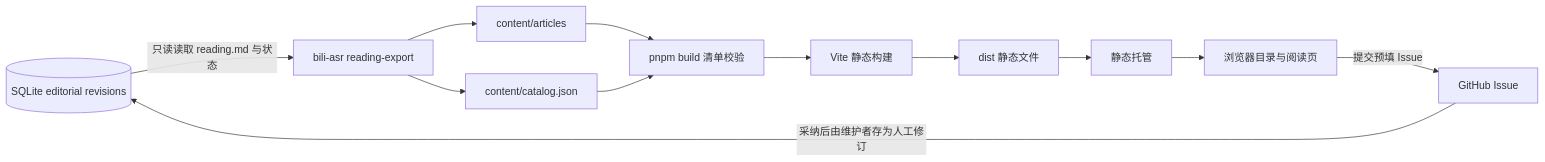
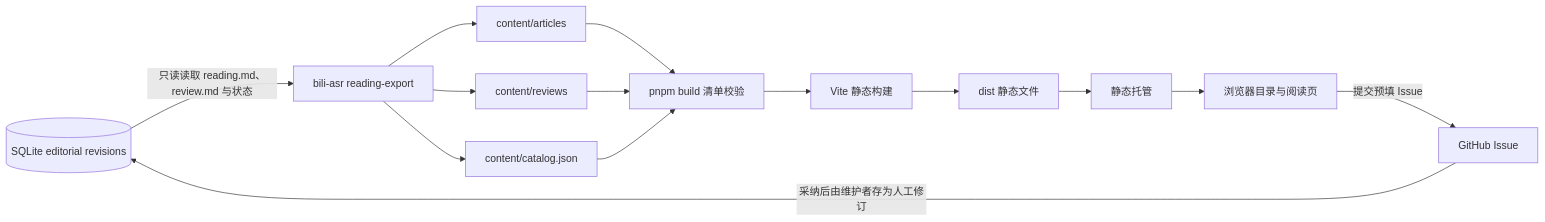
One commit to SuperCatQR/markdown-reading-site changed the diagram in README.md. Above: the diagram before and after it, drawn with Mermaid. The commit also changed other lines of this file and 7 other files, not shown here.

````diff
--- a/README.md
+++ b/README.md
@@ -7,14 +7,16 @@
 ```mermaid
 flowchart LR
-  db[(SQLite editorial revisions)] -->|只读读取 reading.md 与状态| exporter[bili-asr reading-export]
+  db[(SQLite editorial revisions)] -->|只读读取 reading.md、review.md 与状态| exporter[bili-asr reading-export]
   exporter --> articles[content/articles]
+  exporter --> reviews[content/reviews]
   exporter --> catalog[content/catalog.json]
   articles --> validate[pnpm build 清单校验]
+  reviews --> validate
   catalog --> validate
   validate --> vite[Vite 静态构建]
   vite --> dist[dist 静态文件]
   dist --> host[静态托管]
   host --> browser[浏览器目录与阅读页]
   browser -->|提交预填 Issue| issue[GitHub Issue]
   issue -->|采纳后由维护者存为人工修订| db
 ```
````
